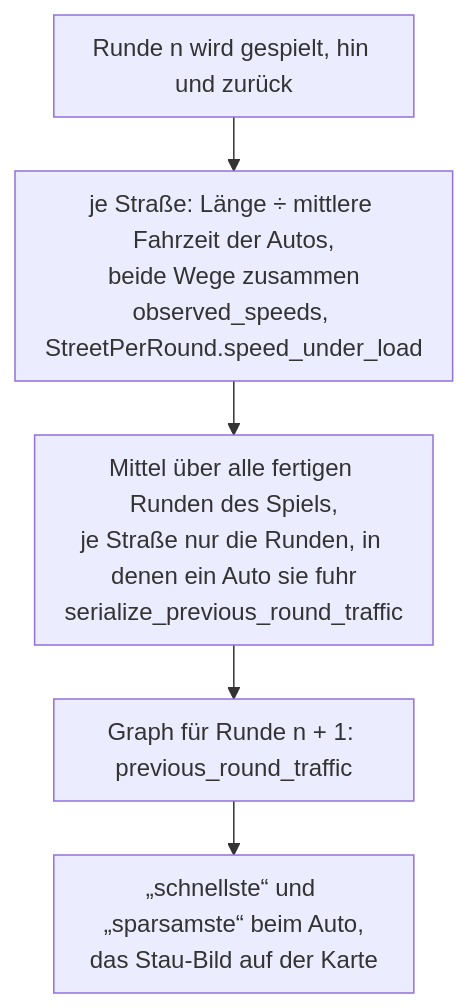
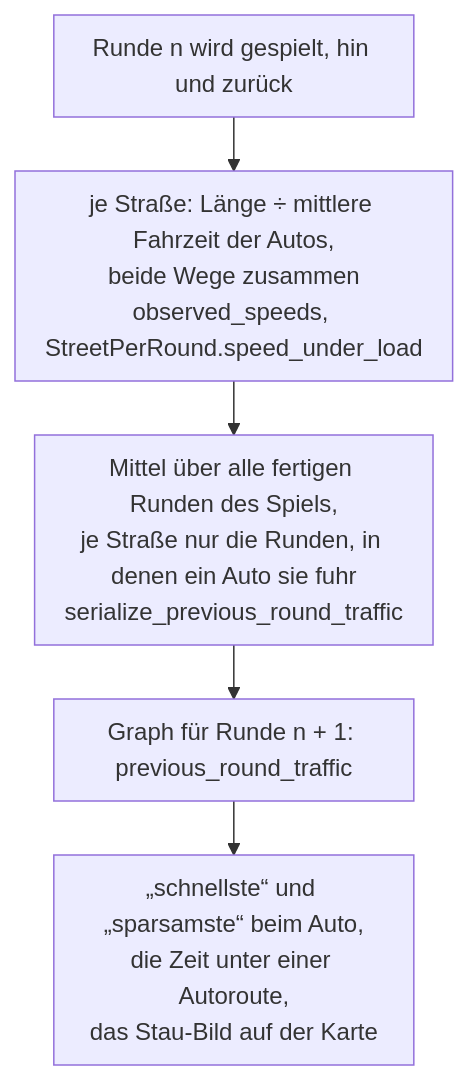
Before and after one commit to luke-hirsch/co2mmute: the fifth of 5 diagrams in docs/de-routensuche.md, drawn with Mermaid. The commit also changed other lines of this file and 7 other files, not shown here.

Commit message:
routenzeit: auto zeigt die zeit beim gemessenen tempo, wenig umsteigen ohne die 30 min aufschlag in der zeit, umstiege nach art und nummer (bus 2 ≠ bahn 2); docs routensuche nachgezogen

````diff
--- a/docs/de-routensuche.md
+++ b/docs/de-routensuche.md
@@ -440,8 +447,8 @@
 ```mermaid
 %%{init: {"flowchart": {"wrappingWidth": 200, "nodeSpacing": 20, "rankSpacing": 36, "padding": 10}}}%%
 flowchart TD
     runde["Runde n wird gespielt, hin und zurück"] --> mess["je Straße: Länge ÷ mittlere Fahrzeit der Autos,<br>beide Wege zusammen<br>observed_speeds, StreetPerRound.speed_under_load"]
     mess --> mittel["Mittel über alle fertigen Runden des Spiels,<br>je Straße nur die Runden, in denen ein Auto sie fuhr<br>serialize_previous_round_traffic"]
     mittel --> graph2["Graph für Runde n + 1: previous_round_traffic"]
-    graph2 --> such["„schnellste“ und „sparsamste“ beim Auto,<br>das Stau-Bild auf der Karte"]
+    graph2 --> such["„schnellste“ und „sparsamste“ beim Auto,<br>die Zeit unter einer Autoroute,<br>das Stau-Bild auf der Karte"]
 ```
````
